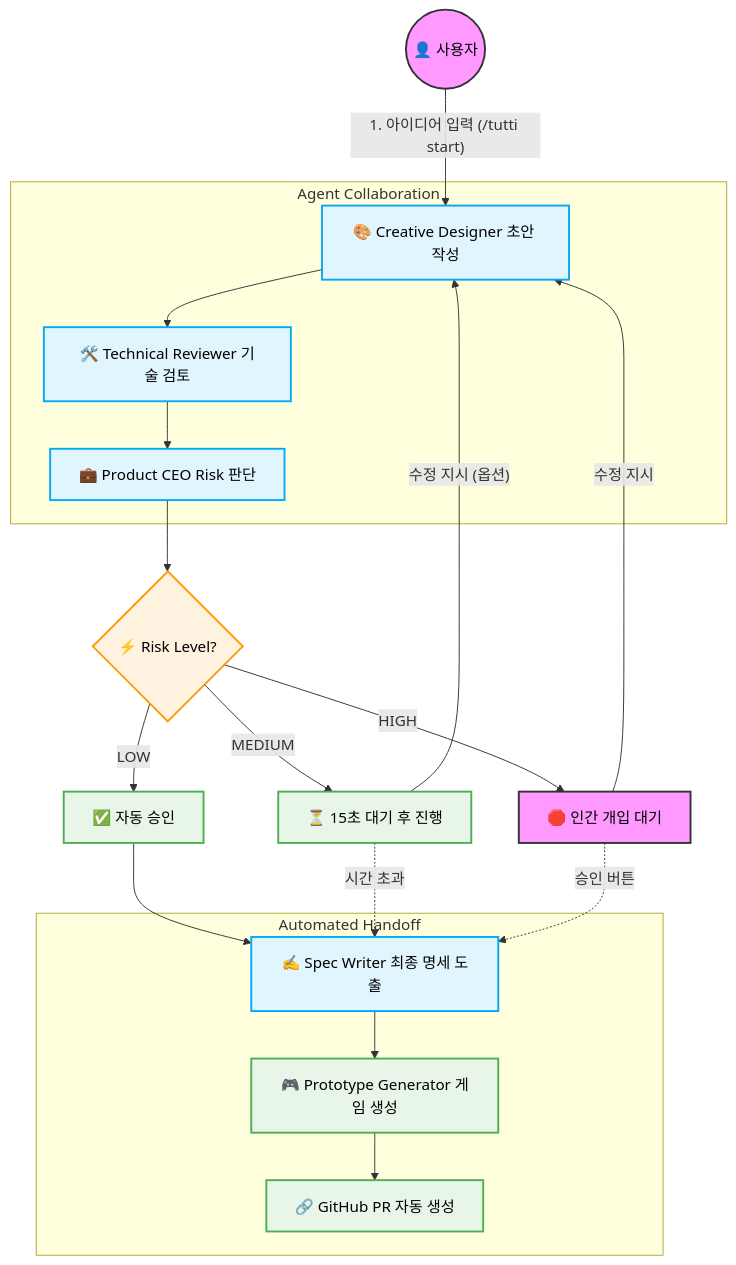
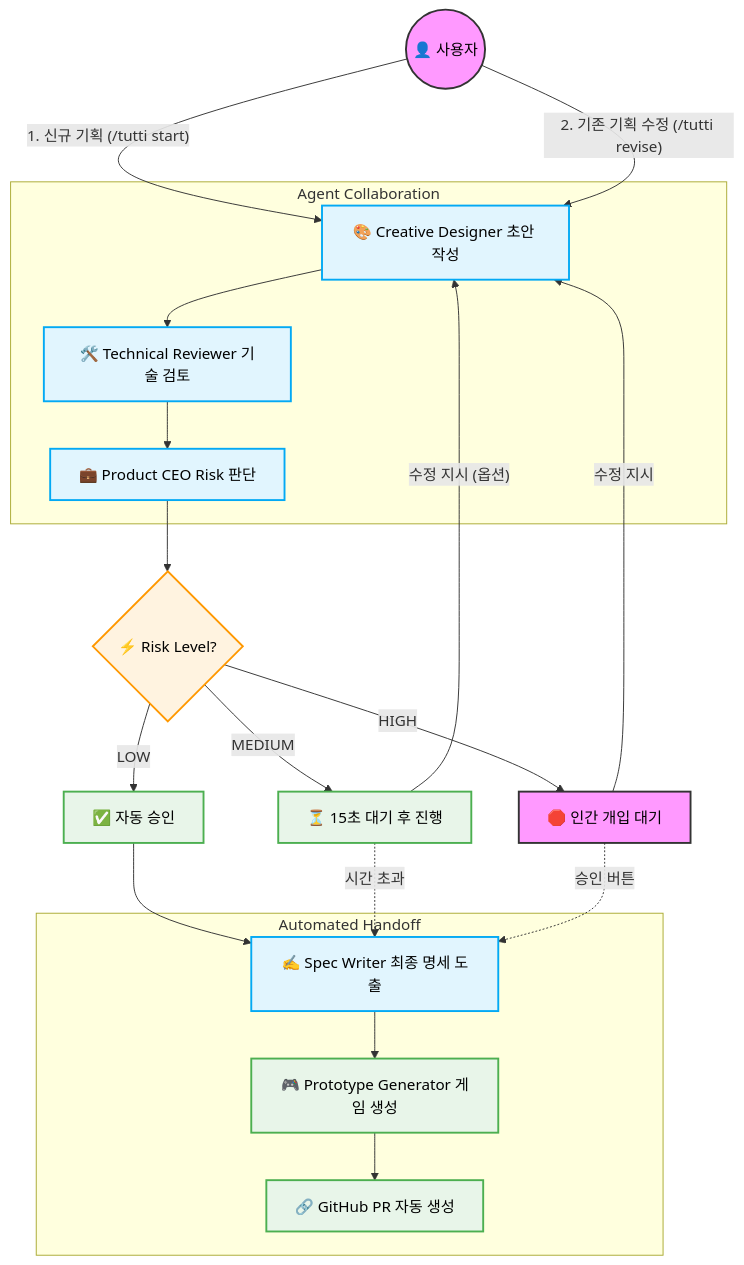
One commit to lowshot31/Orchestra-Game-Spec changed the diagram in README.md. Above: the diagram before and after it, drawn with Mermaid.

Commit message:
docs: add /tutti revise to architecture diagram

````diff
--- a/README.md
+++ b/README.md
@@ -35,33 +35,34 @@
 ```mermaid
 graph TD
     %% Styling
     classDef user fill:#f9f,stroke:#333,stroke-width:2px,color:#000;
     classDef agent fill:#e1f5fe,stroke:#03a9f4,stroke-width:2px,color:#000;
     classDef decision fill:#fff3e0,stroke:#ff9800,stroke-width:2px,color:#000;
     classDef system fill:#e8f5e9,stroke:#4caf50,stroke-width:2px,color:#000;
 
-    User((👤 사용자)):::user -->|"1. 아이디어 입력 (/tutti start)"| Designer
+    User((👤 사용자)):::user -->|"1. 신규 기획 (/tutti start)"| Designer
+    User -->|"2. 기존 기획 수정 (/tutti revise)"| Designer
     
     subgraph Agent Collaboration
         Designer[🎨 Creative Designer 초안 작성]:::agent --> Reviewer[🛠️ Technical Reviewer 기술 검토]:::agent
         Reviewer --> CEO[💼 Product CEO Risk 판단]:::agent
     end
     
     CEO --> Risk{⚡ Risk Level?}:::decision
     
     Risk -->|LOW| Auto[✅ 자동 승인]:::system
     Risk -->|MEDIUM| WaitNode[⏳ 15초 대기 후 진행]:::system
     Risk -->|HIGH| HitL[🛑 인간 개입 대기]:::user
     
     HitL -->|"수정 지시"| Designer
     WaitNode -->|"수정 지시 (옵션)"| Designer
     
     Auto --> Writer
     WaitNode -.->|"시간 초과"| Writer
     HitL -.->|"승인 버튼"| Writer
     
     subgraph Automated Handoff
         Writer[✍️ Spec Writer 최종 명세 도출]:::agent --> Prototype[🎮 Prototype Generator 게임 생성]:::system
         Prototype --> Github[🔗 GitHub PR 자동 생성]:::system
     end
 ```
````
